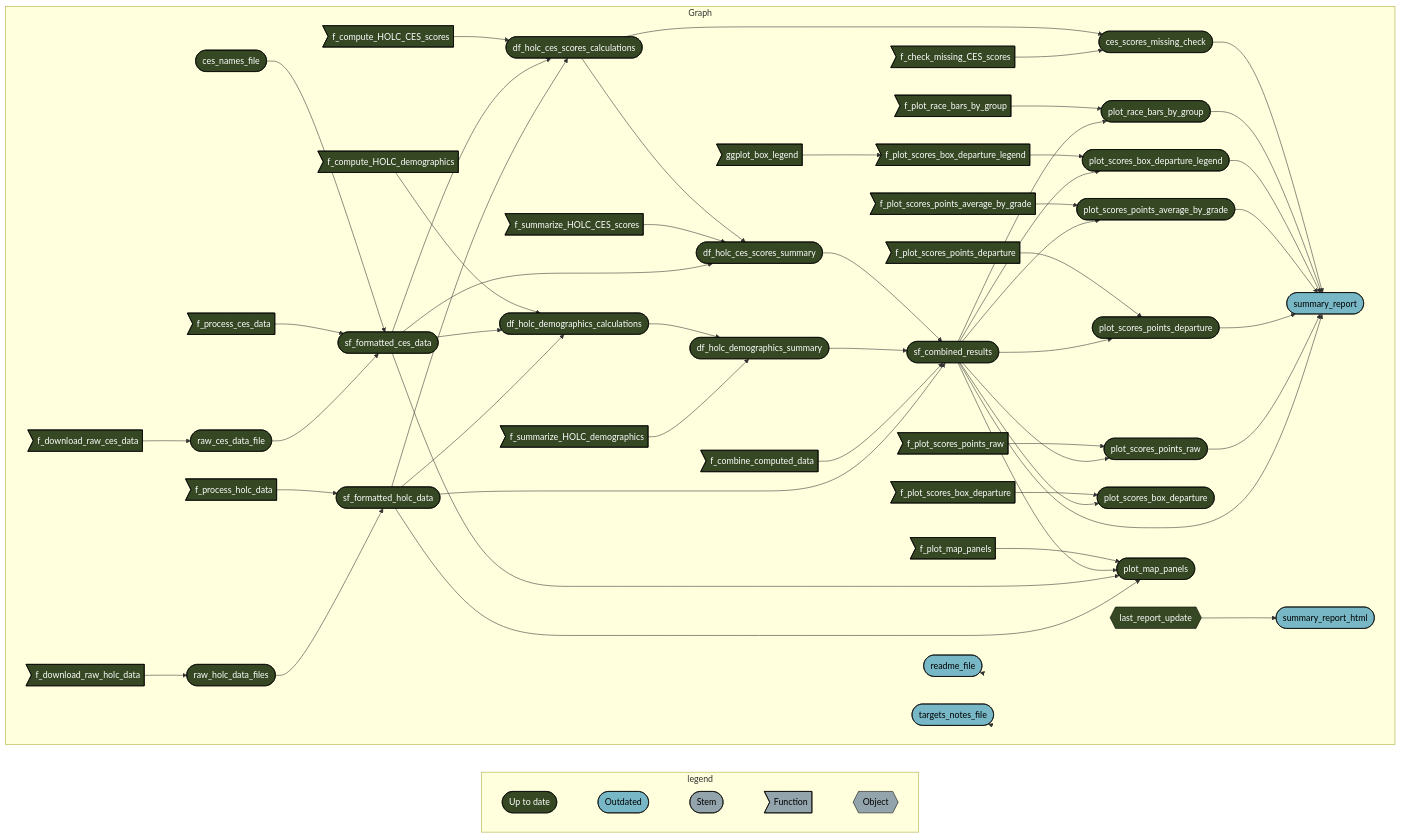
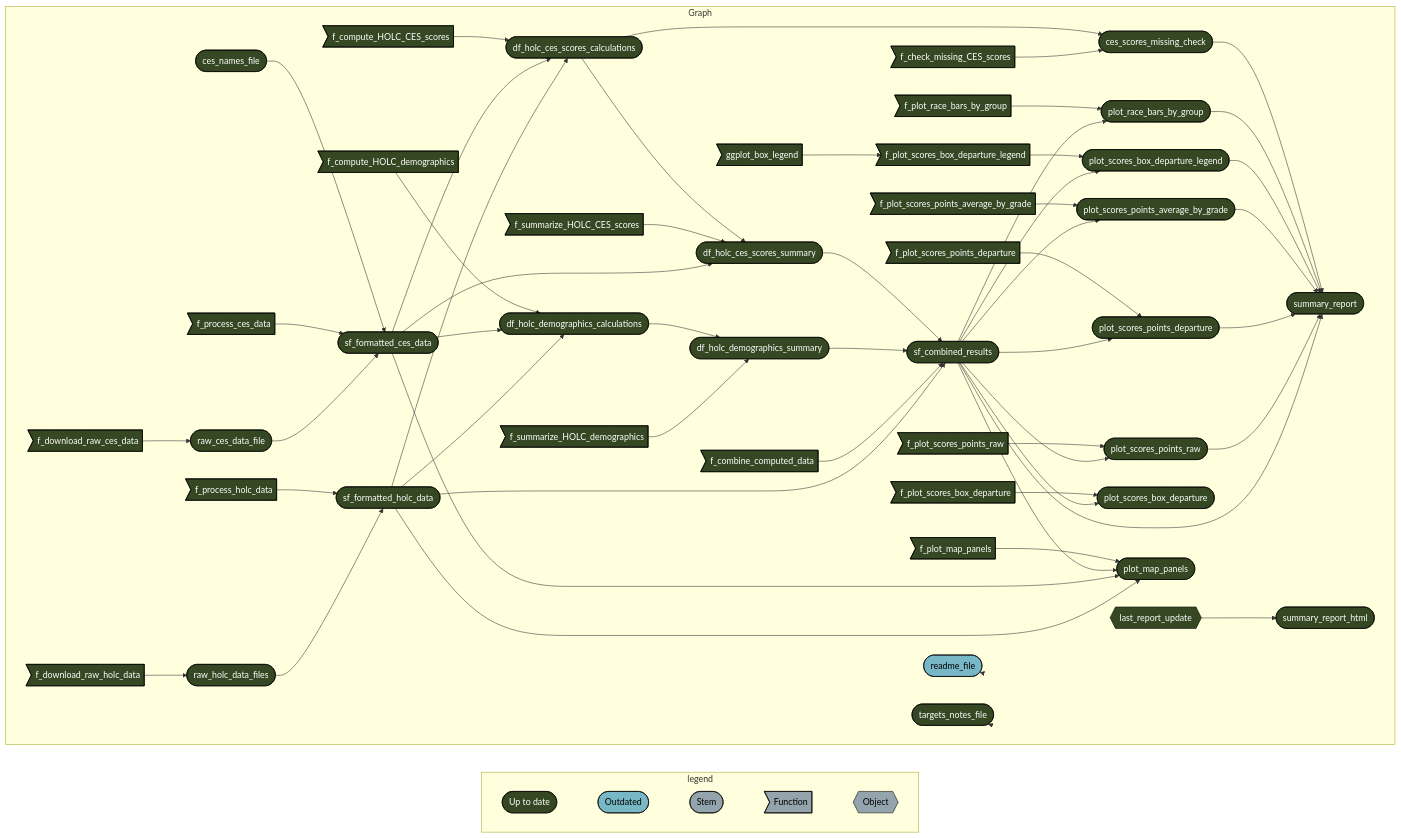
Before and after one commit to daltare/pollution-and-prejudice: the diagram in README.md, drawn with Mermaid. The commit also changed other lines of this file and 1 other file, not shown here.

````diff
--- a/README.md
+++ b/README.md
@@ -95,73 +95,73 @@
 ``` mermaid
 graph LR
   subgraph legend
     direction LR
     x7420bd9270f8d27d([""Up to date""]):::uptodate --- x0a52b03877696646([""Outdated""]):::outdated
     x0a52b03877696646([""Outdated""]):::outdated --- xbf4603d6c2c2ad6b([""Stem""]):::none
     xbf4603d6c2c2ad6b([""Stem""]):::none --- xf0bce276fe2b9d3e>""Function""]:::none
     xf0bce276fe2b9d3e>""Function""]:::none --- x5bffbffeae195fc9{{""Object""}}:::none
   end
   subgraph Graph
     direction LR
     x723651d51c4d9039>"ggplot_box_legend"]:::uptodate --> x9fc5d9228e2f8c78>"f_plot_scores_box_departure_legend"]:::uptodate
     xbc38fdbb09f54cdc(["df_holc_ces_scores_summary"]):::uptodate --> x7774e14ad1201765(["sf_combined_results"]):::uptodate
     x722c080414fdf571(["df_holc_demographics_summary"]):::uptodate --> x7774e14ad1201765(["sf_combined_results"]):::uptodate
     xf90b49dd379c5312>"f_combine_computed_data"]:::uptodate --> x7774e14ad1201765(["sf_combined_results"]):::uptodate
     xd358c84560a350ea(["sf_formatted_holc_data"]):::uptodate --> x7774e14ad1201765(["sf_combined_results"]):::uptodate
     x661c36f456260220>"f_plot_scores_points_average_by_grade"]:::uptodate --> x26888c3adf53b8ba(["plot_scores_points_average_by_grade"]):::uptodate
     x7774e14ad1201765(["sf_combined_results"]):::uptodate --> x26888c3adf53b8ba(["plot_scores_points_average_by_grade"]):::uptodate
     xb84eb9d541120890>"f_compute_HOLC_CES_scores"]:::uptodate --> xf2cacda6c5be1d56(["df_holc_ces_scores_calculations"]):::uptodate
     x66ea1e7e4088616e(["sf_formatted_ces_data"]):::uptodate --> xf2cacda6c5be1d56(["df_holc_ces_scores_calculations"]):::uptodate
     xd358c84560a350ea(["sf_formatted_holc_data"]):::uptodate --> xf2cacda6c5be1d56(["df_holc_ces_scores_calculations"]):::uptodate
     x05780902aff2e52e>"f_plot_scores_points_departure"]:::uptodate --> x85db2b90c235dab6(["plot_scores_points_departure"]):::uptodate
     x7774e14ad1201765(["sf_combined_results"]):::uptodate --> x85db2b90c235dab6(["plot_scores_points_departure"]):::uptodate
     xd22b3ef3698af9c3>"f_plot_race_bars_by_group"]:::uptodate --> xe2341aac6be6d5c3(["plot_race_bars_by_group"]):::uptodate
     x7774e14ad1201765(["sf_combined_results"]):::uptodate --> xe2341aac6be6d5c3(["plot_race_bars_by_group"]):::uptodate
-    xcdcbc8327c73002a(["ces_scores_missing_check"]):::uptodate --> xe24c603975ef95ce(["summary_report"]):::outdated
-    xe2341aac6be6d5c3(["plot_race_bars_by_group"]):::uptodate --> xe24c603975ef95ce(["summary_report"]):::outdated
-    xd261dc6bb4fd422e(["plot_scores_box_departure_legend"]):::uptodate --> xe24c603975ef95ce(["summary_report"]):::outdated
-    x26888c3adf53b8ba(["plot_scores_points_average_by_grade"]):::uptodate --> xe24c603975ef95ce(["summary_report"]):::outdated
-    x85db2b90c235dab6(["plot_scores_points_departure"]):::uptodate --> xe24c603975ef95ce(["summary_report"]):::outdated
-    xd06bbe78c7eb9f6c(["plot_scores_points_raw"]):::uptodate --> xe24c603975ef95ce(["summary_report"]):::outdated
-    x7774e14ad1201765(["sf_combined_results"]):::uptodate --> xe24c603975ef95ce(["summary_report"]):::outdated
+    xcdcbc8327c73002a(["ces_scores_missing_check"]):::uptodate --> xe24c603975ef95ce(["summary_report"]):::uptodate
+    xe2341aac6be6d5c3(["plot_race_bars_by_group"]):::uptodate --> xe24c603975ef95ce(["summary_report"]):::uptodate
+    xd261dc6bb4fd422e(["plot_scores_box_departure_legend"]):::uptodate --> xe24c603975ef95ce(["summary_report"]):::uptodate
+    x26888c3adf53b8ba(["plot_scores_points_average_by_grade"]):::uptodate --> xe24c603975ef95ce(["summary_report"]):::uptodate
+    x85db2b90c235dab6(["plot_scores_points_departure"]):::uptodate --> xe24c603975ef95ce(["summary_report"]):::uptodate
+    xd06bbe78c7eb9f6c(["plot_scores_points_raw"]):::uptodate --> xe24c603975ef95ce(["summary_report"]):::uptodate
+    x7774e14ad1201765(["sf_combined_results"]):::uptodate --> xe24c603975ef95ce(["summary_report"]):::uptodate
     xf2cacda6c5be1d56(["df_holc_ces_scores_calculations"]):::uptodate --> xcdcbc8327c73002a(["ces_scores_missing_check"]):::uptodate
     x1909355c81c03a12>"f_check_missing_CES_scores"]:::uptodate --> xcdcbc8327c73002a(["ces_scores_missing_check"]):::uptodate
     x6a4e5ab768f76050>"f_plot_scores_points_raw"]:::uptodate --> xd06bbe78c7eb9f6c(["plot_scores_points_raw"]):::uptodate
     x7774e14ad1201765(["sf_combined_results"]):::uptodate --> xd06bbe78c7eb9f6c(["plot_scores_points_raw"]):::uptodate
     x4baab69ddc05606c>"f_compute_HOLC_demographics"]:::uptodate --> x0933fedf1eaed55e(["df_holc_demographics_calculations"]):::uptodate
     x66ea1e7e4088616e(["sf_formatted_ces_data"]):::uptodate --> x0933fedf1eaed55e(["df_holc_demographics_calculations"]):::uptodate
     xd358c84560a350ea(["sf_formatted_holc_data"]):::uptodate --> x0933fedf1eaed55e(["df_holc_demographics_calculations"]):::uptodate
     x3566400abf0582d0>"f_process_holc_data"]:::uptodate --> xd358c84560a350ea(["sf_formatted_holc_data"]):::uptodate
     x7deb259c829fdb2e(["raw_holc_data_files"]):::uptodate --> xd358c84560a350ea(["sf_formatted_holc_data"]):::uptodate
     x13ecd6c730196e92>"f_plot_scores_box_departure"]:::uptodate --> xc0917568d2ce3bee(["plot_scores_box_departure"]):::uptodate
     x7774e14ad1201765(["sf_combined_results"]):::uptodate --> xc0917568d2ce3bee(["plot_scores_box_departure"]):::uptodate
     xf2cacda6c5be1d56(["df_holc_ces_scores_calculations"]):::uptodate --> xbc38fdbb09f54cdc(["df_holc_ces_scores_summary"]):::uptodate
     x24483bb6f5885403>"f_summarize_HOLC_CES_scores"]:::uptodate --> xbc38fdbb09f54cdc(["df_holc_ces_scores_summary"]):::uptodate
     x66ea1e7e4088616e(["sf_formatted_ces_data"]):::uptodate --> xbc38fdbb09f54cdc(["df_holc_ces_scores_summary"]):::uptodate
     x7ad41e3fd12f2676(["ces_names_file"]):::uptodate --> x66ea1e7e4088616e(["sf_formatted_ces_data"]):::uptodate
     xdca65f7684d779f0>"f_process_ces_data"]:::uptodate --> x66ea1e7e4088616e(["sf_formatted_ces_data"]):::uptodate
     x6538bfb2bd8fa5af(["raw_ces_data_file"]):::uptodate --> x66ea1e7e4088616e(["sf_formatted_ces_data"]):::uptodate
     x9fc5d9228e2f8c78>"f_plot_scores_box_departure_legend"]:::uptodate --> xd261dc6bb4fd422e(["plot_scores_box_departure_legend"]):::uptodate
     x7774e14ad1201765(["sf_combined_results"]):::uptodate --> xd261dc6bb4fd422e(["plot_scores_box_departure_legend"]):::uptodate
-    xf443f725966ed075{{"last_report_update"}}:::uptodate --> x3b5990520b2e818d(["summary_report_html"]):::outdated
+    xf443f725966ed075{{"last_report_update"}}:::uptodate --> x3b5990520b2e818d(["summary_report_html"]):::uptodate
     xc11e093e8a0331b6>"f_plot_map_panels"]:::uptodate --> x52b2d35838d1c908(["plot_map_panels"]):::uptodate
     x7774e14ad1201765(["sf_combined_results"]):::uptodate --> x52b2d35838d1c908(["plot_map_panels"]):::uptodate
     x66ea1e7e4088616e(["sf_formatted_ces_data"]):::uptodate --> x52b2d35838d1c908(["plot_map_panels"]):::uptodate
     xd358c84560a350ea(["sf_formatted_holc_data"]):::uptodate --> x52b2d35838d1c908(["plot_map_panels"]):::uptodate
     xc504145cdabdd854>"f_download_raw_ces_data"]:::uptodate --> x6538bfb2bd8fa5af(["raw_ces_data_file"]):::uptodate
     x0933fedf1eaed55e(["df_holc_demographics_calculations"]):::uptodate --> x722c080414fdf571(["df_holc_demographics_summary"]):::uptodate
     x2dfdf1b5ee4ba094>"f_summarize_HOLC_demographics"]:::uptodate --> x722c080414fdf571(["df_holc_demographics_summary"]):::uptodate
     x28598aa74e36431d>"f_download_raw_holc_data"]:::uptodate --> x7deb259c829fdb2e(["raw_holc_data_files"]):::uptodate
     x118ccf0169559b01(["readme_file"]):::outdated --> x118ccf0169559b01(["readme_file"]):::outdated
-    xd244e8c357cc9580(["targets_notes_file"]):::outdated --> xd244e8c357cc9580(["targets_notes_file"]):::outdated
+    xd244e8c357cc9580(["targets_notes_file"]):::uptodate --> xd244e8c357cc9580(["targets_notes_file"]):::uptodate
   end
   classDef uptodate stroke:#000000,color:#ffffff,fill:#354823;
   classDef outdated stroke:#000000,color:#000000,fill:#78B7C5;
   classDef none stroke:#000000,color:#000000,fill:#94a4ac;
   linkStyle 0 stroke-width:0px;
   linkStyle 1 stroke-width:0px;
   linkStyle 2 stroke-width:0px;
   linkStyle 3 stroke-width:0px;
   linkStyle 53 stroke-width:0px;
   linkStyle 54 stroke-width:0px;
 ```
````
